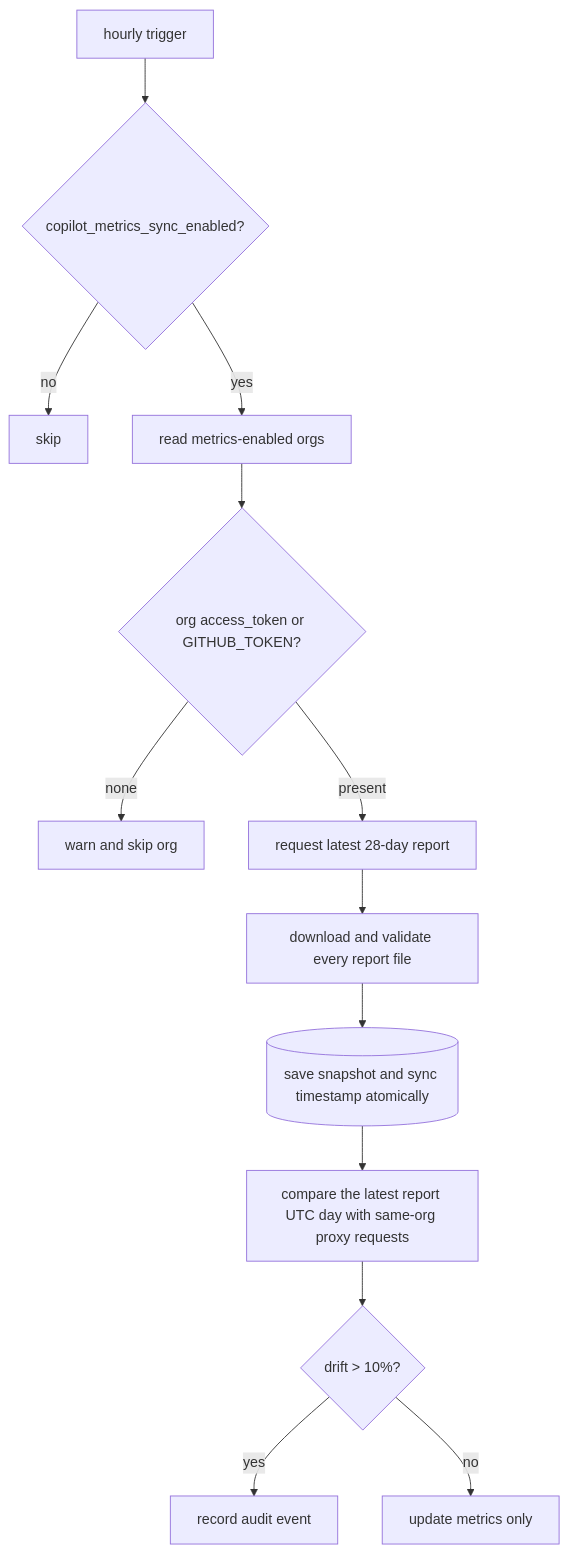
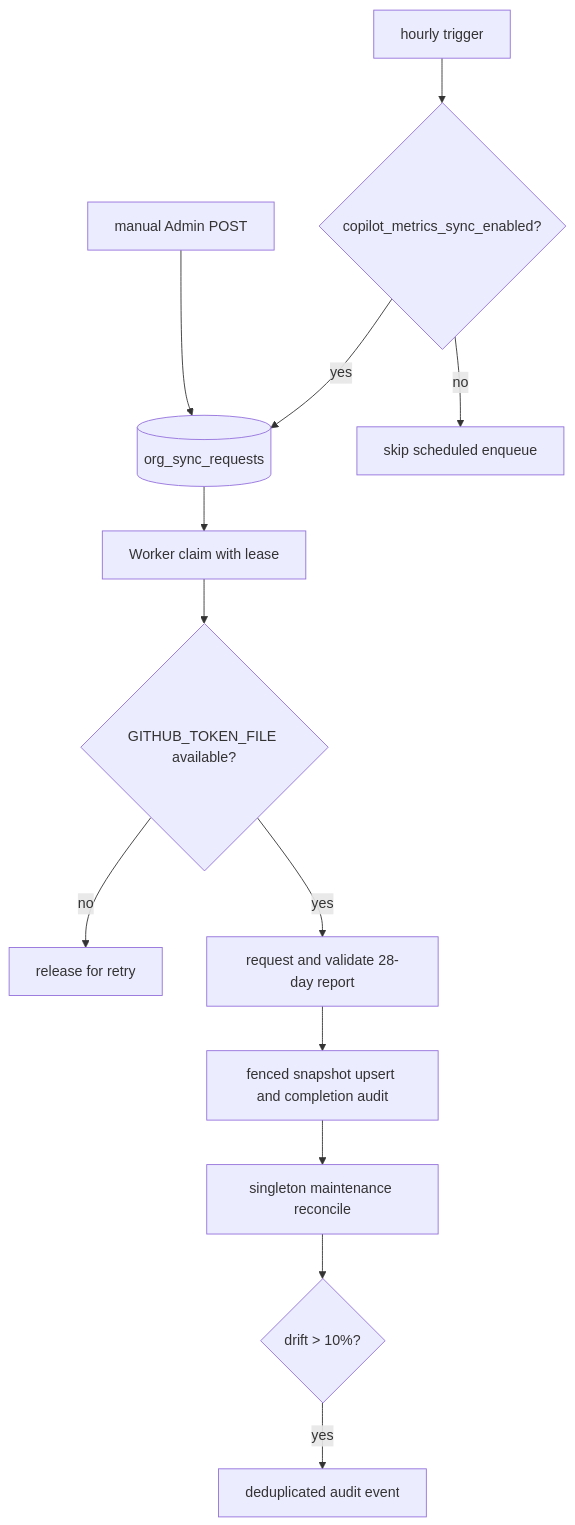
Before and after one commit to pczhao1210/ghcp-pool-proxy: the ninth of 10 diagrams in docs/operations.en.md, drawn with Mermaid. The commit also changed other lines of this file and 74 other files, not shown here.

````diff
--- a/docs/operations.en.md
+++ b/docs/operations.en.md
@@ -542,15 +617,15 @@
 ```mermaid
 flowchart TD
   A["hourly trigger"] --> B{"copilot_metrics_sync_enabled?"}
-  B -->|"no"| C["skip"]
-  B -->|"yes"| D["read metrics-enabled orgs"]
-  D --> E{"org access_token or GITHUB_TOKEN?"}
-  E -->|"none"| F["warn and skip org"]
-  E -->|"present"| G["request latest 28-day report"]
-  G --> H["download and validate every report file"]
-  H --> I[(save snapshot and sync timestamp atomically)]
-  I --> J["compare the latest report UTC day with same-org proxy requests"]
+  B -->|"yes"| Q[(org_sync_requests)]
+  B -->|"no"| C["skip scheduled enqueue"]
+  D["manual Admin POST"] --> Q
+  Q --> E["Worker claim with lease"]
+  E --> F{"GITHUB_TOKEN_FILE available?"}
+  F -->|"no"| G["release for retry"]
+  F -->|"yes"| H["request and validate 28-day report"]
+  H --> I["fenced snapshot upsert and completion audit"]
+  I --> J["singleton maintenance reconcile"]
   J --> K{"drift > 10%?"}
-  K -->|"yes"| L["record audit event"]
-  K -->|"no"| M["update metrics only"]
+  K -->|"yes"| L["deduplicated audit event"]
 ```
````
